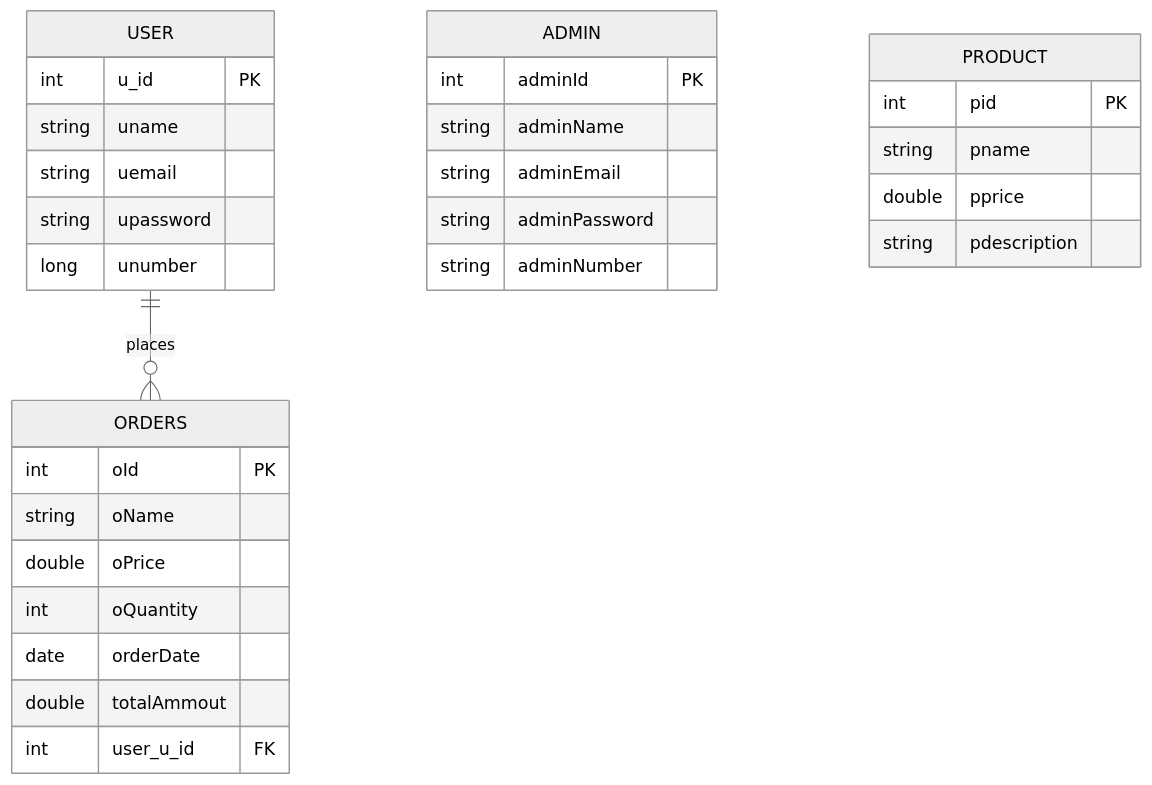
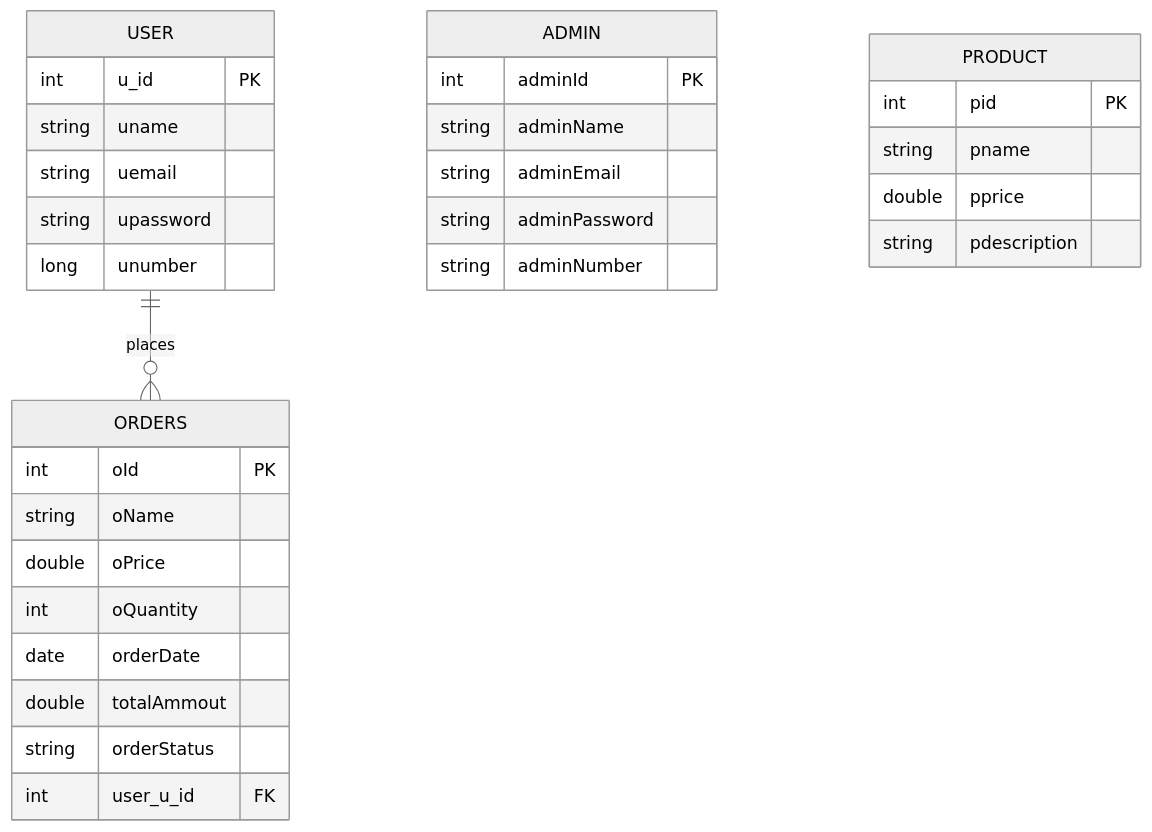
The diagram in Food-Fiesta-main/README.md (rockyrakes/FoodFiestaMain), drawn with Mermaid (neutral theme) before and after one commit. The commit also changed other lines of this file and 1 other file, not shown here.

````diff
--- a/Food-Fiesta-main/README.md
+++ b/Food-Fiesta-main/README.md
@@ -97,33 +72,34 @@
 ```mermaid
 erDiagram
     USER ||--o{ ORDERS : "places"
     USER {
         int u_id PK
         string uname
         string uemail
         string upassword
         long unumber
     }
     ADMIN {
         int adminId PK
         string adminName
         string adminEmail
         string adminPassword
         string adminNumber
     }
     PRODUCT {
         int pid PK
         string pname
         double pprice
         string pdescription
     }
     ORDERS {
         int oId PK
         string oName
         double oPrice
         int oQuantity
         date orderDate
         double totalAmmout
+        string orderStatus
         int user_u_id FK
     }
 ```
````
